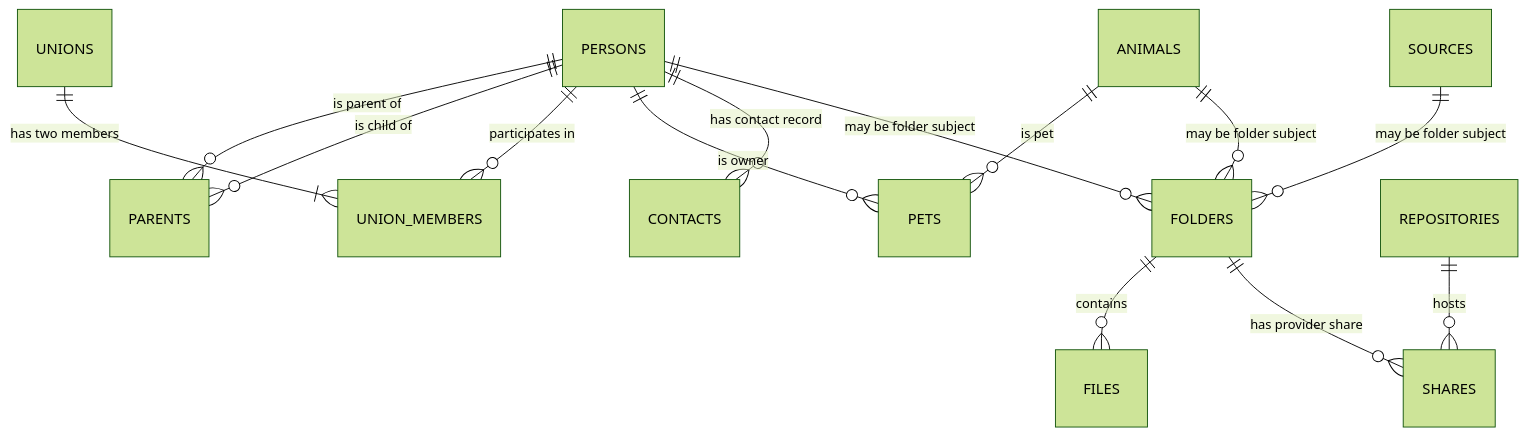
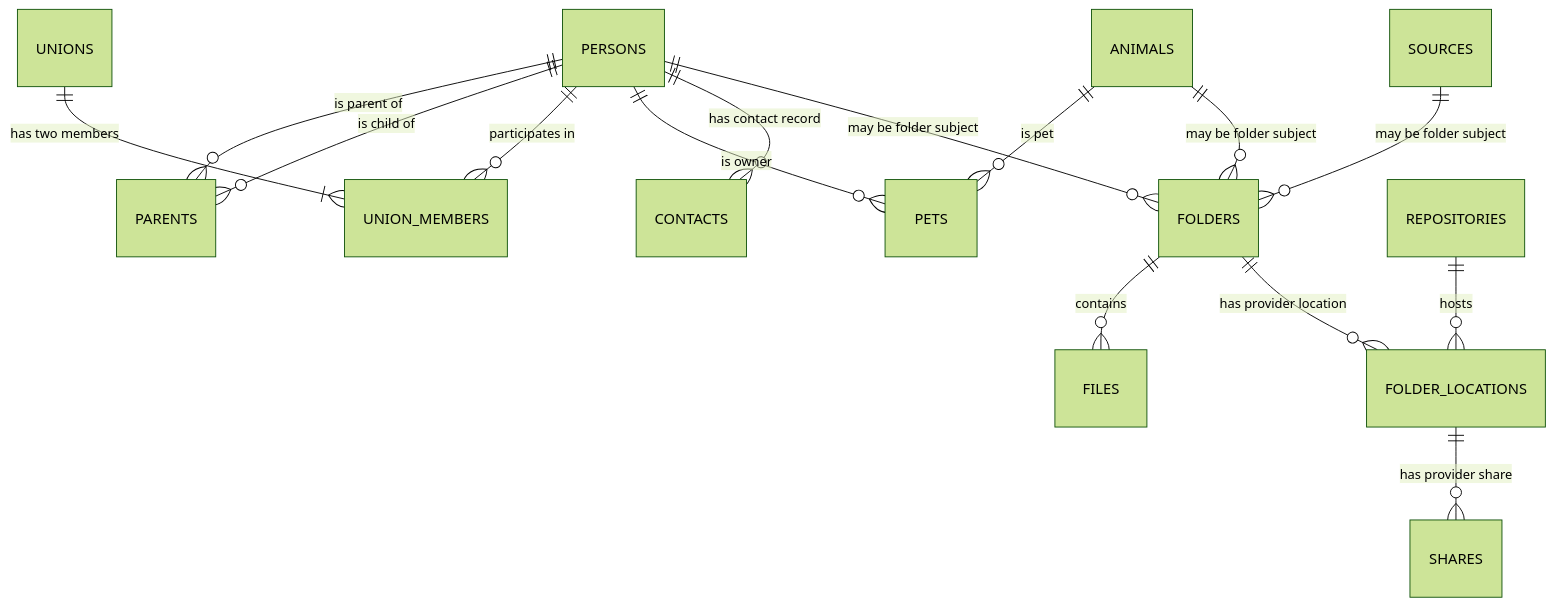
Before and after one commit to mfranzonello/year_end: the diagram in docs/SCHEMA.md, drawn with Mermaid (forest theme). The commit also changed other lines of this file and 1 other file, not shown here.

Commit message:
Refresh schema and roadmap documentation

````diff
--- a/docs/SCHEMA.md
+++ b/docs/SCHEMA.md
@@ -33,16 +33,17 @@
 ```mermaid
 erDiagram
   PERSONS ||--o{ PARENTS : "is parent of"
   PERSONS ||--o{ PARENTS : "is child of"
   PERSONS ||--o{ UNION_MEMBERS : "participates in"
   UNIONS ||--|{ UNION_MEMBERS : "has two members"
   ANIMALS ||--o{ PETS : "is pet"
   PERSONS ||--o{ PETS : "is owner"
   PERSONS ||--o{ CONTACTS : "has contact record"
   PERSONS ||--o{ FOLDERS : "may be folder subject"
   ANIMALS ||--o{ FOLDERS : "may be folder subject"
   SOURCES ||--o{ FOLDERS : "may be folder subject"
   FOLDERS ||--o{ FILES : "contains"
-  FOLDERS ||--o{ SHARES : "has provider share"
-  REPOSITORIES ||--o{ SHARES : "hosts"
+  FOLDERS ||--o{ FOLDER_LOCATIONS : "has provider location"
+  REPOSITORIES ||--o{ FOLDER_LOCATIONS : "hosts"
+  FOLDER_LOCATIONS ||--o{ SHARES : "has provider share"
 ```
````
